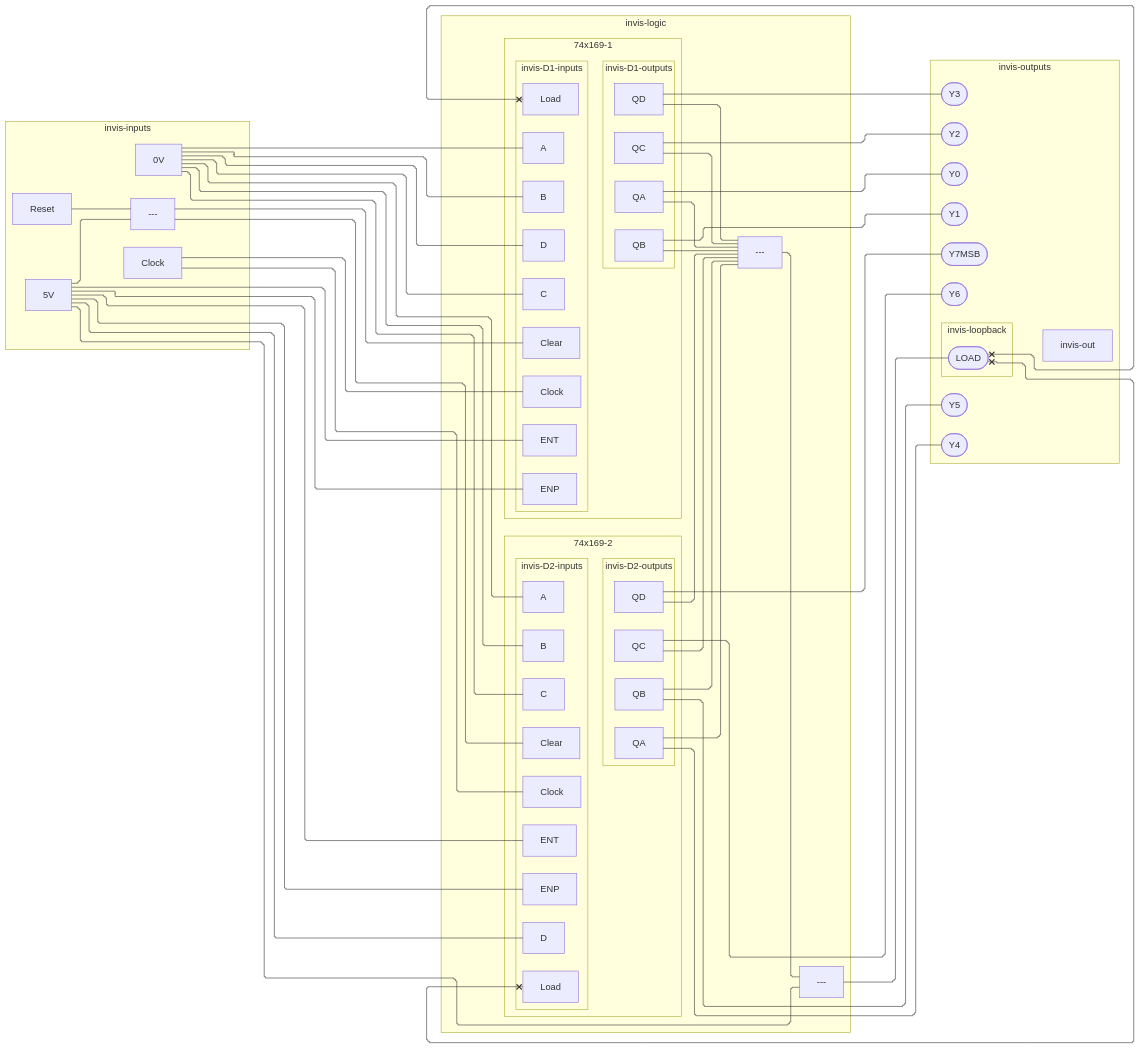
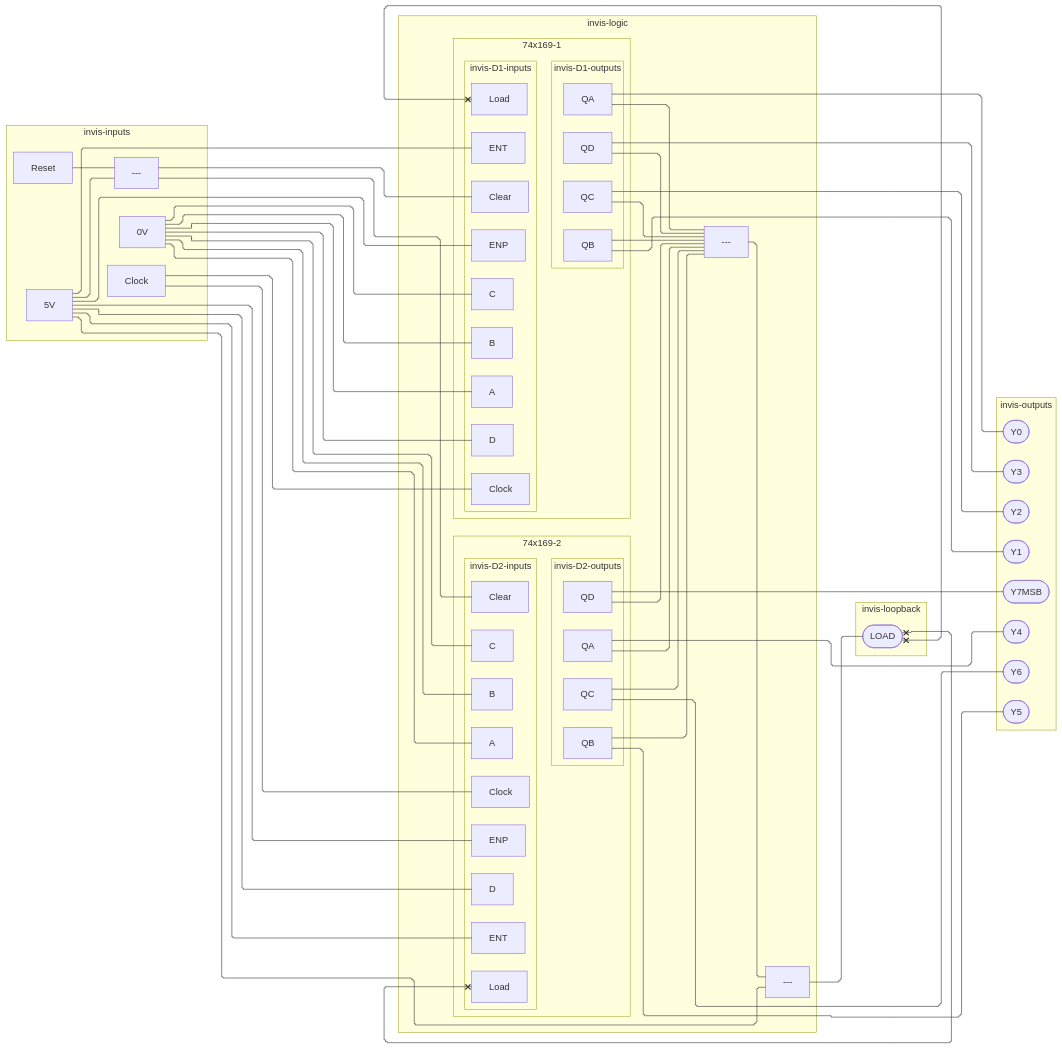
Before and after one commit to tnichols217/notes: the seventh of 7 diagrams in CSDS 281 - Logic Design/HW/8/Tables.md, drawn with Mermaid. The commit also changed 1 other file, not shown here.

Commit message:
vault backup: 2024-04-05 02:09:51

````diff
--- a/CSDS 281 - Logic Design/HW/8/Tables.md
+++ b/CSDS 281 - Logic Design/HW/8/Tables.md
@@ -327,81 +327,80 @@
 ```mermaid
 %%{ init: { 'flowchart': { 'curve': 'stepBefore', "defaultRenderer": "elk" } } }%%
 flowchart LR
 subgraph invis-inputs
 	Clock
 	5V
 	0V
 	Reset
 	Reset & 5V --- xor1[---]
 end
 subgraph invis-logic
 	subgraph 74x169-1
 		subgraph invis-D1-inputs
 			D1c[Clock]
 			D1CLR[Clear]
 			D1LD[Load]
 			D1ENP[ENP]
 			D1ENT[ENT]
 			D1A[A]
 			D1B[B]
 			D1C[C]
 			D1D[D]
 		end
 		Clock --- D1c
 		xor1 --- D1CLR
 		subgraph invis-D1-outputs
 			Q1A[QA]
 			Q1B[QB]
 			Q1C[QC]
 			Q1D[QD]
 		end
 		invis-D1-inputs ~~~ invis-D1-outputs
 	end
 	subgraph 74x169-2
 		subgraph invis-D2-inputs
 			D2c[Clock]
 			D2CLR[Clear]
 			D2LD[Load]
 			D2ENP[ENP]
 			D2ENT[ENT]
 			D2A[A]
 			D2B[B]
 			D2C[C]
 			D2D[D]
 		end
 		Clock --- D2c
 		xor1 --- D2CLR
 		subgraph invis-D2-outputs
 			Q2A[QA]
 			Q2B[QB]
 			Q2C[QC]
 			Q2D[QD]
 		end
 		invis-D2-inputs ~~~ invis-D2-outputs
 	end
 	5V --- D1ENP & D1ENT
 	5V --- D2ENP & D2ENT
 	Q1A & Q1B & Q1C & Q1D & Q2A & Q2B & Q2C & Q2D
 		--- nor1[---]
 	5V & nor1 --- xor2[---]
 	0V --- D1A & D1B & D1C & D1D & D2A & D2B & D2C
 	5V --- D2D
 end
 
 subgraph invis-loopback
 	xor2 --- RLD([LOAD])
 	RLD x---x D1LD & D2LD
 end
 subgraph invis-outputs
 		Q1A --- Y0([Y0])
 		Q1B --- Y1([Y1])
 		Q1C --- Y2([Y2])
 		Q1D --- Y3([Y3])
 		Q2A --- Y4([Y4])
 		Q2B --- Y5([Y5])
 		Q2C --- Y6([Y6])
 		Q2D --- Y7([Y7MSB])
-	invis-loopback ~~~ invis-out
 end
-invis-inputs ~~~ invis-logic ~~~ invis-outputs
+invis-inputs ~~~ invis-logic ~~~ invis-loopback ~~~ invis-outputs
 ```
````
